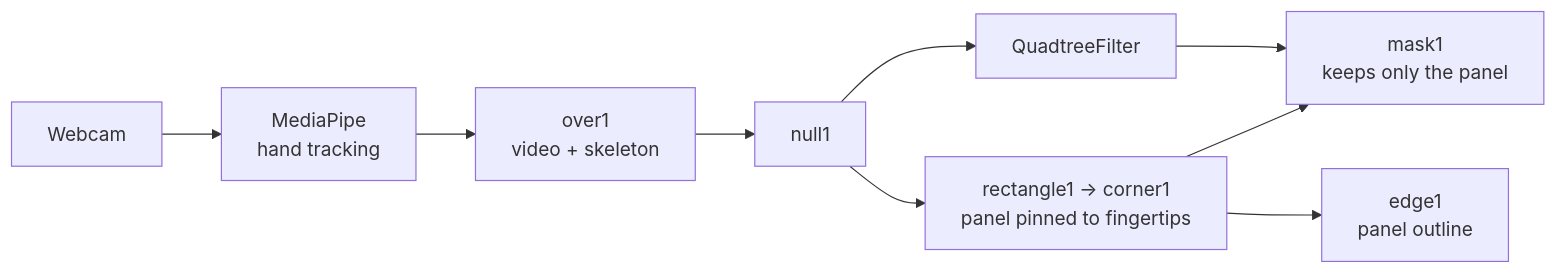
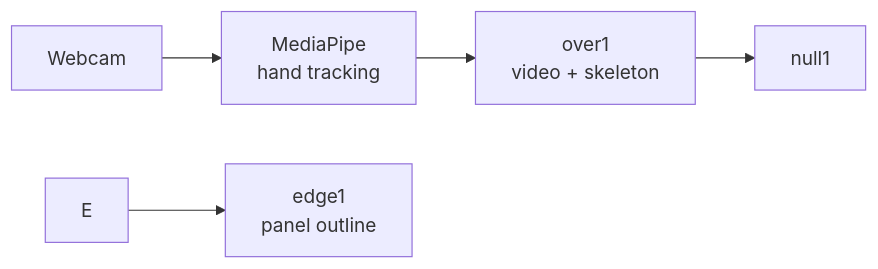
Before and after one commit to neempata/pixelated-probabilistic-quadtree-touchdesigner: the diagram in README.md, drawn with Mermaid.

Commit message:
Simplify flowchart by removing nodes D, E, and F
Removed unnecessary nodes from flowchart in README.

````diff
--- a/README.md
+++ b/README.md
@@ -52,11 +52,8 @@
 ```mermaid
 flowchart LR
     A[Webcam] --> B[MediaPipe<br/>hand tracking]
     B --> C[over1<br/>video + skeleton]
     C --> D[null1]
-    D --> E[rectangle1 → corner1<br/>panel pinned to fingertips]
-    D --> F[QuadtreeFilter]
-    F --> G[mask1<br/>keeps only the panel]
-    E --> G
+  
     E --> H[edge1<br/>panel outline]
 ```
````
